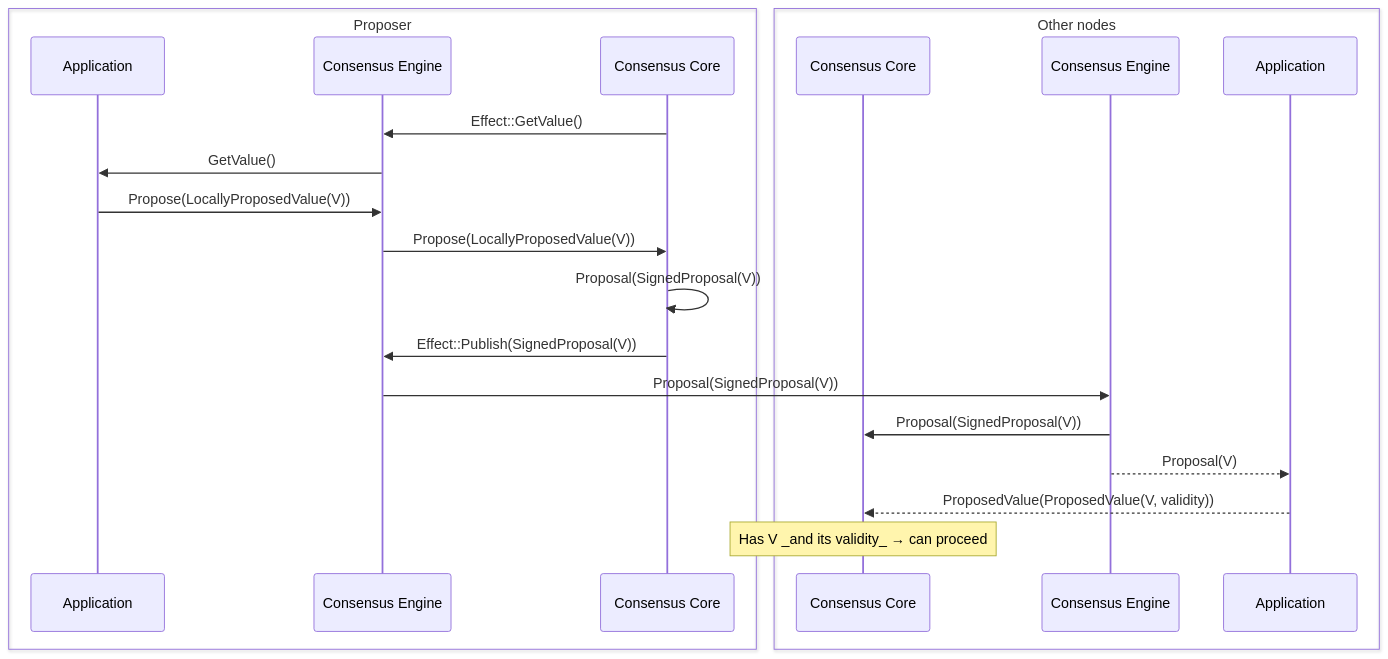
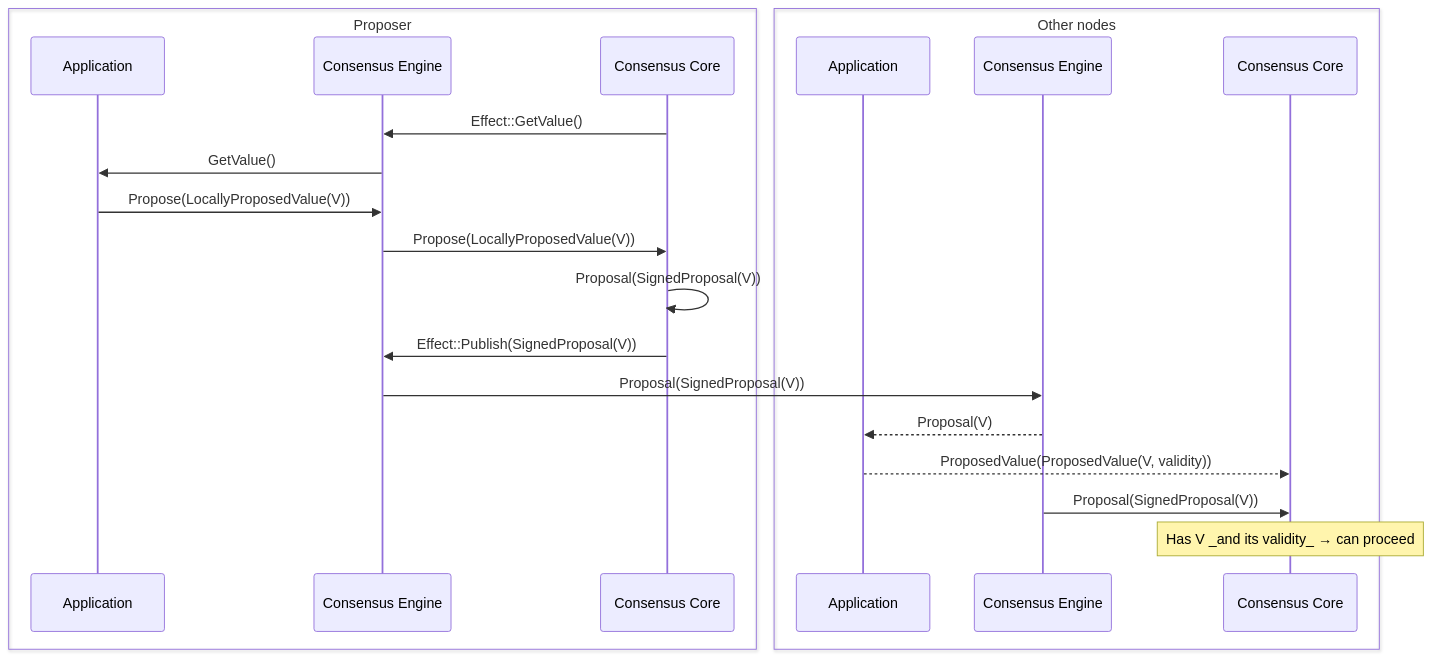
One commit to circlefin/malachite changed the first of 3 diagrams in docs/architecture/adr-003-values-propagation.md. Above: the diagram before and after it, drawn with Mermaid. The commit also changed other lines of this file, not shown here.

````diff
--- a/docs/architecture/adr-003-values-propagation.md
+++ b/docs/architecture/adr-003-values-propagation.md
@@ -152,29 +152,29 @@
 ```mermaid
 sequenceDiagram
     box Proposer
       participant A1 as Application
       participant E1 as Consensus Engine
       participant C1 as Consensus Core
     end
 
     box Other nodes
+      participant A2 as Application
+      participant E2 as Consensus Engine
       participant C2 as Consensus Core
-      participant E2 as Consensus Engine
-      participant A2 as Application
     end
 
     C1->>E1: Effect::GetValue()
     E1->>A1: GetValue()
     A1->>E1: Propose(LocallyProposedValue(V))
     E1->>C1: Propose(LocallyProposedValue(V))
     C1->>C1: Proposal(SignedProposal(V))
     C1->>E1: Effect::Publish(SignedProposal(V))
     E1->>E2: Proposal(SignedProposal(V))
 
-    E2->>C2: Proposal(SignedProposal(V))
     E2-->>A2: Proposal(V)
     A2-->>C2: ProposedValue(ProposedValue(V, validity))
+    E2->>C2: Proposal(SignedProposal(V))
 
     Note over C2: Has V _and its validity_ → can proceed
 
 ```
````
